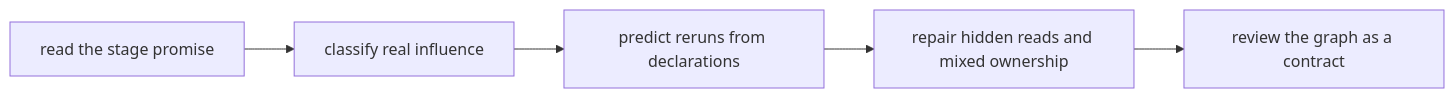
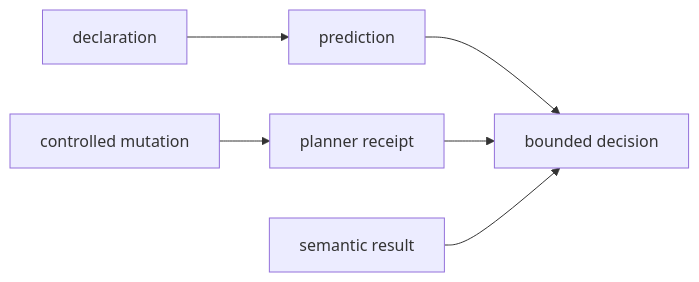
The second of 3 diagrams in programs/reproducible-research/deep-dive-dvc/course-book/module-04-truthful-pipelines-declared-dependencies/exercise-answers.md (bijux/bijux-masterclass), drawn with Mermaid before and after one commit. The commit also changed other lines of this file, not shown here.

Commit message:
docs(dvc): teach stage contract answer reasoning

````diff
--- a/programs/reproducible-research/deep-dive-dvc/course-book/module-04-truthful-pipelines-declared-dependencies/exercise-answers.md
+++ b/programs/reproducible-research/deep-dive-dvc/course-book/module-04-truthful-pipelines-declared-dependencies/exercise-answers.md
@@ -19,7 +18,8 @@
 ```mermaid
 flowchart LR
-  promise["read the stage promise"] --> classify["classify real influence"]
-  classify --> predict["predict reruns from declarations"]
-  predict --> repair["repair hidden reads and mixed ownership"]
-  repair --> review["review the graph as a contract"]
+  declaration["declaration"] --> prediction["prediction"]
+  mutation["controlled mutation"] --> receipt["planner receipt"]
+  prediction --> decision["bounded decision"]
+  receipt --> decision
+  result["semantic result"] --> decision
 ```
````
